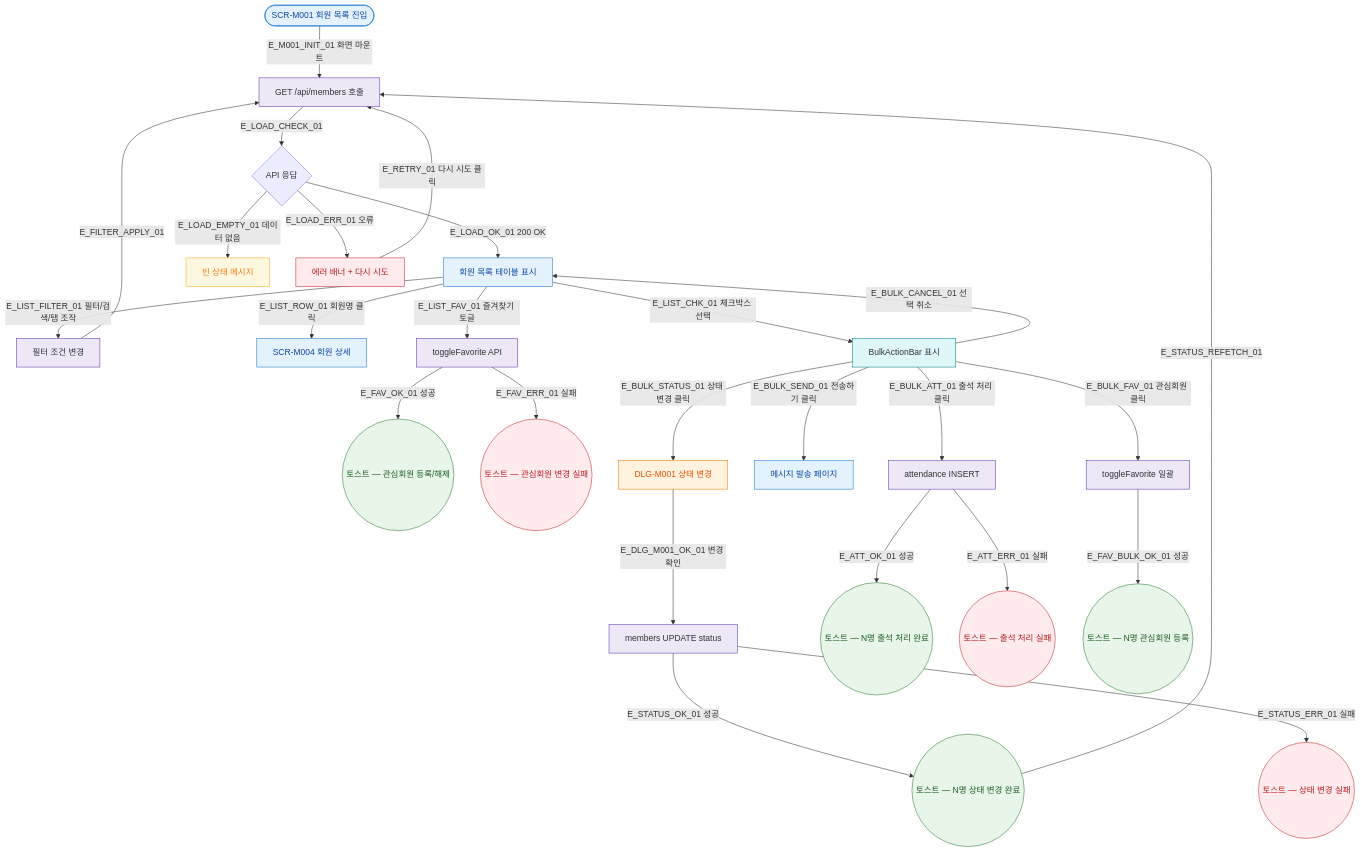
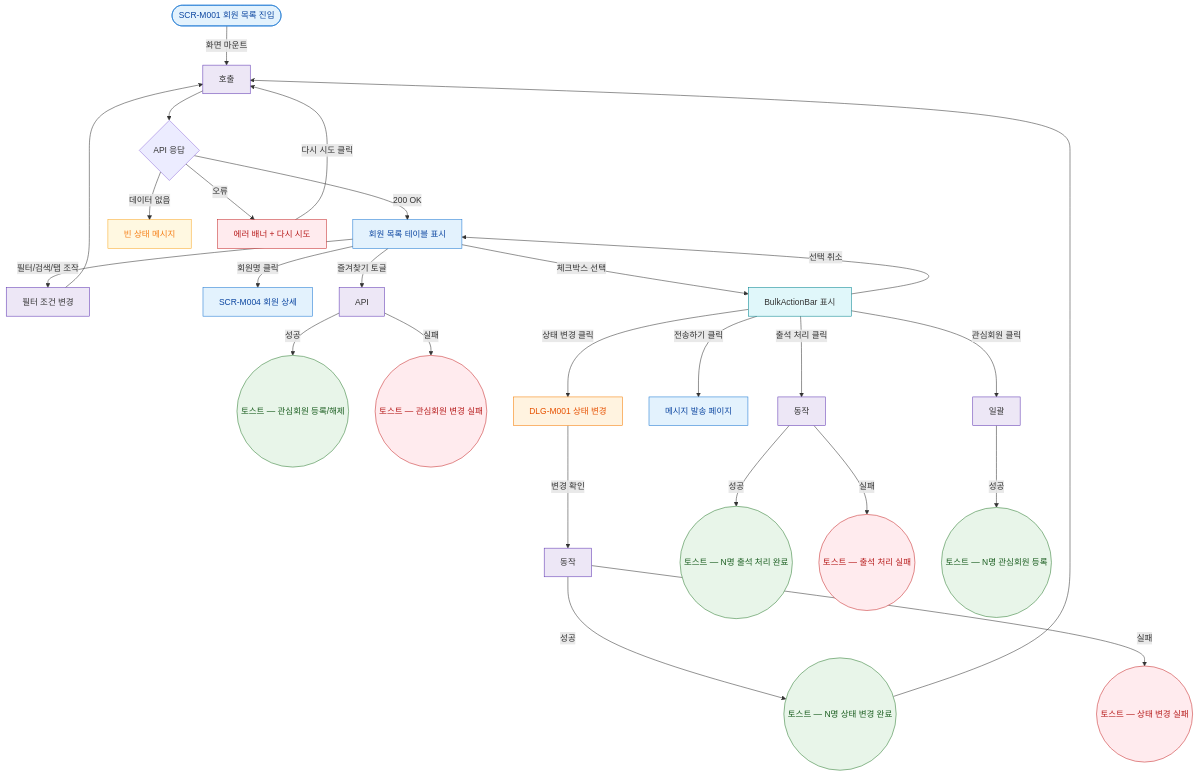
One commit to dev-spogym/admin-pando changed the diagram in docs/다이어그램/D02_회원관리/SCR-M001_회원목록/F2_메인.md. Above: the diagram before and after it, drawn with Mermaid. The commit also changed other lines of this file and 1660 other files, not shown here.

First line of the commit message:
다이어그램: 기획자/클라이언트 납품본으로 정리

````diff
--- a/docs/다이어그램/D02_회원관리/SCR-M001_회원목록/F2_메인.md
+++ b/docs/다이어그램/D02_회원관리/SCR-M001_회원목록/F2_메인.md
@@ -23,61 +21,61 @@
 ```mermaid
 flowchart TD
   SCR_M001([SCR-M001 회원 목록 진입])
-  LOAD_API[GET /api/members 호출]
+  LOAD_API[호출]
   LOAD_CHECK{API 응답}
 
-  SCR_M001 -->|E_M001_INIT_01 화면 마운트| LOAD_API
-  LOAD_API -->|E_LOAD_CHECK_01| LOAD_CHECK
+  SCR_M001 -->|화면 마운트|LOAD_API
+  LOAD_API --> LOAD_CHECK
 
-  LOAD_CHECK -->|E_LOAD_OK_01 200 OK| LIST[회원 목록 테이블 표시]
-  LOAD_CHECK -->|E_LOAD_EMPTY_01 데이터 없음| EMPTY[빈 상태 메시지]
-  LOAD_CHECK -->|E_LOAD_ERR_01 오류| ERR_BANNER[에러 배너 + 다시 시도]
+  LOAD_CHECK -->|200 OK|LIST[회원 목록 테이블 표시]
+  LOAD_CHECK -->|데이터 없음|EMPTY[빈 상태 메시지]
+  LOAD_CHECK -->|오류|ERR_BANNER[에러 배너 + 다시 시도]
 
-  ERR_BANNER -->|E_RETRY_01 다시 시도 클릭| LOAD_API
+  ERR_BANNER -->|다시 시도 클릭|LOAD_API
 
-  LIST -->|E_LIST_FILTER_01 필터/검색/탭 조작| FILTER[필터 조건 변경]
-  FILTER -->|E_FILTER_APPLY_01| LOAD_API
+  LIST -->|필터/검색/탭 조작|FILTER[필터 조건 변경]
+  FILTER --> LOAD_API
 
-  LIST -->|E_LIST_ROW_01 회원명 클릭| SCR_M004[SCR-M004 회원 상세]
-  LIST -->|E_LIST_FAV_01 즐겨찾기 토글| FAV_API[toggleFavorite API]
+  LIST -->|회원명 클릭|SCR_M004[SCR-M004 회원 상세]
+  LIST -->|즐겨찾기 토글|FAV_API[API]
 
-  FAV_API -->|E_FAV_OK_01 성공| TOAST_FAV_OK((토스트 — 관심회원 등록/해제))
-  FAV_API -->|E_FAV_ERR_01 실패| TOAST_FAV_ERR((토스트 — 관심회원 변경 실패))
+  FAV_API -->|성공|TOAST_FAV_OK((토스트 — 관심회원 등록/해제))
+  FAV_API -->|실패|TOAST_FAV_ERR((토스트 — 관심회원 변경 실패))
 
-  LIST -->|E_LIST_CHK_01 체크박스 선택| BULK_BAR[BulkActionBar 표시]
-  BULK_BAR -->|E_BULK_STATUS_01 상태 변경 클릭| DLG_M001[DLG-M001 상태 변경]
-  BULK_BAR -->|E_BULK_SEND_01 전송하기 클릭| MSG_PAGE[메시지 발송 페이지]
-  BULK_BAR -->|E_BULK_ATT_01 출석 처리 클릭| ATT_API[attendance INSERT]
-  BULK_BAR -->|E_BULK_FAV_01 관심회원 클릭| FAV_BULK_API[toggleFavorite 일괄]
-  BULK_BAR -->|E_BULK_CANCEL_01 선택 취소| LIST
+  LIST -->|체크박스 선택|BULK_BAR[BulkActionBar 표시]
+  BULK_BAR -->|상태 변경 클릭|DLG_M001[DLG-M001 상태 변경]
+  BULK_BAR -->|전송하기 클릭|MSG_PAGE[메시지 발송 페이지]
+  BULK_BAR -->|출석 처리 클릭|ATT_API[동작]
+  BULK_BAR -->|관심회원 클릭|FAV_BULK_API[일괄]
+  BULK_BAR -->|선택 취소|LIST
 
-  DLG_M001 -->|E_DLG_M001_OK_01 변경 확인| STATUS_API[members UPDATE status]
-  STATUS_API -->|E_STATUS_OK_01 성공| TOAST_STATUS_OK((토스트 — N명 상태 변경 완료))
-  STATUS_API -->|E_STATUS_ERR_01 실패| TOAST_STATUS_ERR((토스트 — 상태 변경 실패))
-  TOAST_STATUS_OK -->|E_STATUS_REFETCH_01| LOAD_API
+  DLG_M001 -->|변경 확인|STATUS_API[동작]
+  STATUS_API -->|성공|TOAST_STATUS_OK((토스트 — N명 상태 변경 완료))
+  STATUS_API -->|실패|TOAST_STATUS_ERR((토스트 — 상태 변경 실패))
+  TOAST_STATUS_OK --> LOAD_API
 
-  ATT_API -->|E_ATT_OK_01 성공| TOAST_ATT_OK((토스트 — N명 출석 처리 완료))
-  ATT_API -->|E_ATT_ERR_01 실패| TOAST_ATT_ERR((토스트 — 출석 처리 실패))
+  ATT_API -->|성공|TOAST_ATT_OK((토스트 — N명 출석 처리 완료))
+  ATT_API -->|실패|TOAST_ATT_ERR((토스트 — 출석 처리 실패))
 
-  FAV_BULK_API -->|E_FAV_BULK_OK_01 성공| TOAST_FAV_BULK_OK((토스트 — N명 관심회원 등록))
+  FAV_BULK_API -->|성공|TOAST_FAV_BULK_OK((토스트 — N명 관심회원 등록))
 
-  classDef screen      fill:#E3F2FD,stroke:#1976D2,color:#0D47A1
-  classDef modal       fill:#FFF3E0,stroke:#F57C00,color:#E65100
-  classDef newFeature  fill:#F3E5F5,stroke:#9C27B0,stroke-dasharray:5 5
-  classDef error       fill:#FFEBEE,stroke:#C62828,color:#B71C1C
-  classDef success     fill:#E8F5E9,stroke:#2E7D32,color:#1B5E20
-  classDef warning     fill:#FFF8E1,stroke:#F9A825,color:#F57F17
-  classDef info        fill:#E0F7FA,stroke:#00838F
-  classDef system      fill:#EDE7F6,stroke:#5E35B2
-  classDef external    fill:#ECEFF1,stroke:#455A64,stroke-dasharray:3 3
-  classDef cron        fill:#E0F2F1,stroke:#00695C
+  classDef screen fill:#E3F2FD,stroke:#1976D2,color:#0D47A1
+  classDef modal fill:#FFF3E0,stroke:#F57C00,color:#E65100
+  classDef newFeature fill:#F3E5F5,stroke:#9C27B0,stroke-dasharray:5 5
+  classDef error fill:#FFEBEE,stroke:#C62828,color:#B71C1C
+  classDef success fill:#E8F5E9,stroke:#2E7D32,color:#1B5E20
+  classDef warning fill:#FFF8E1,stroke:#F9A825,color:#F57F17
+  classDef info fill:#E0F7FA,stroke:#00838F
+  classDef system fill:#EDE7F6,stroke:#5E35B2
+  classDef external fill:#ECEFF1,stroke:#455A64,stroke-dasharray:3 3
+  classDef cron fill:#E0F2F1,stroke:#00695C
   classDef rbacBlocked fill:#F5F5F5,stroke:#9E9E9E,color:#616161
 
   class SCR_M001,LIST,SCR_M004,MSG_PAGE screen
   class DLG_M001 modal
   class LOAD_API,FILTER,FAV_API,ATT_API,FAV_BULK_API,STATUS_API,FAV_BULK_API system
   class ERR_BANNER,TOAST_FAV_ERR,TOAST_STATUS_ERR,TOAST_ATT_ERR error
   class TOAST_FAV_OK,TOAST_STATUS_OK,TOAST_ATT_OK,TOAST_FAV_BULK_OK success
   class EMPTY warning
   class BULK_BAR info
 ```
````
